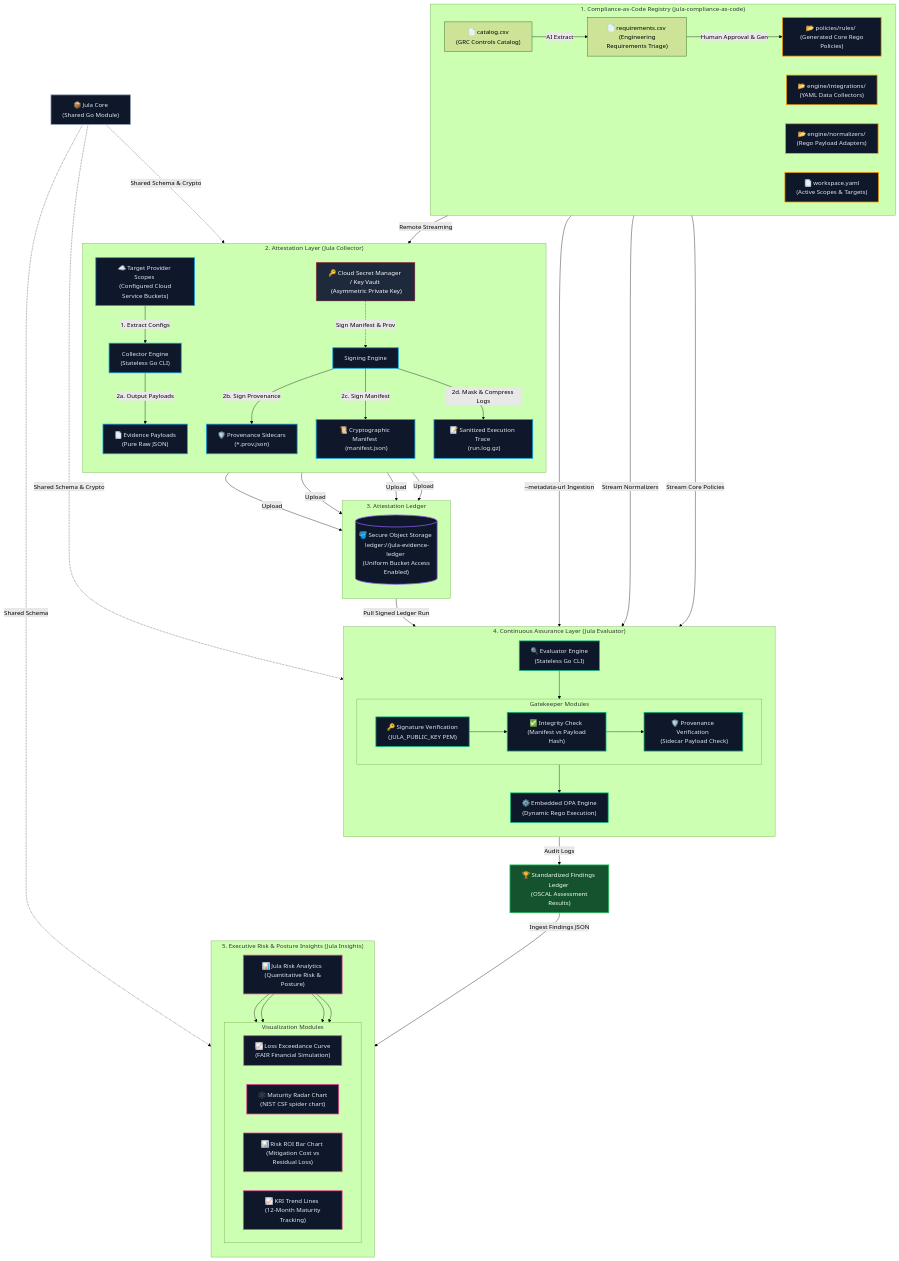
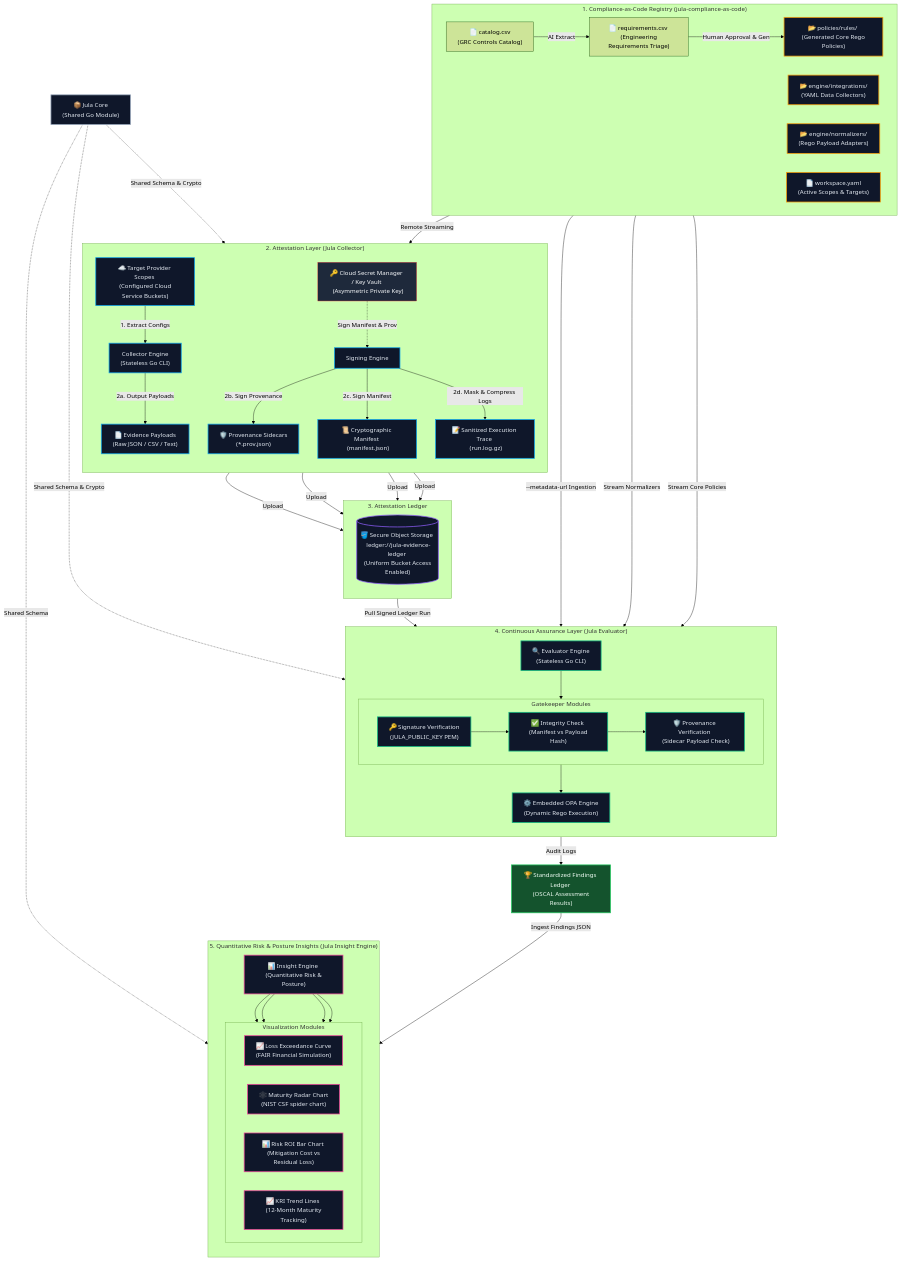
One commit to alibkaba/jula changed the diagram in README.md. Above: the diagram before and after it, drawn with Mermaid (forest theme). The commit also changed other lines of this file, not shown here.

Commit message:
docs: update README to reflect supported output formats and rename Jula Insights to Jula Insight Engine

```diff
--- a/README.md
+++ b/README.md
@@ -68,7 +68,7 @@
     subgraph Phase2 ["2. Attestation Layer (Jula Collector)"]
         direction TB
         APIs["☁️ Target Provider Scopes <br> (Configured Cloud Service Buckets)"] -->|1. Extract Configs| JIE["Collector Engine <br> (Stateless Go CLI)"]
-        JIE -->|2a. Output Payloads| H["📄 Evidence Payloads <br> (Pure Raw JSON)"]
+        JIE -->|2a. Output Payloads| H["📄 Evidence Payloads <br> (Raw JSON / CSV / Text)"]
         KMS["🔑 Cloud Secret Manager / Key Vault <br> (Asymmetric Private Key)"] -.->|Sign Manifest & Prov| Sign["Signing Engine"]
         Sign -->|2b. Sign Provenance| P["🛡️ Provenance Sidecars <br> (*.prov.json)"]
         Sign -->|2c. Sign Manifest| M["📜 Cryptographic Manifest <br> (manifest.json)"]
@@ -103,9 +103,9 @@
         ProvCheck --> OPA
     end
 
-    subgraph Phase5 ["5. Executive Risk & Posture Insights (Jula Insights)"]
+    subgraph Phase5 ["5. Quantitative Risk & Posture Insights (Jula Insight Engine)"]
         direction TB
-        DB["📊 Jula Risk Analytics <br> (Quantitative Risk & Posture)"]
+        DB["📊 Insight Engine <br> (Quantitative Risk & Posture)"]
         
         subgraph Views ["Visualization Modules"]
             direction LR
```
